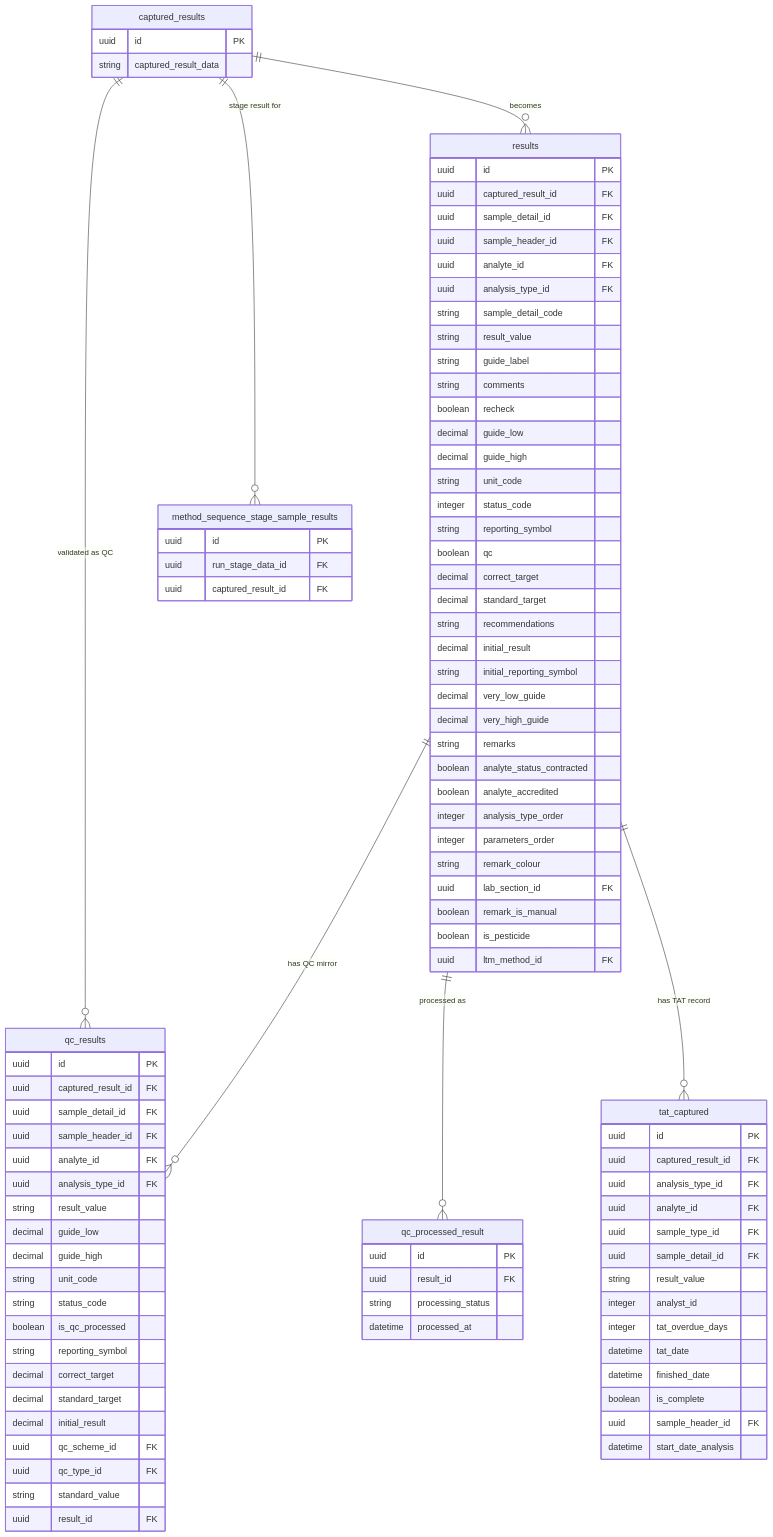
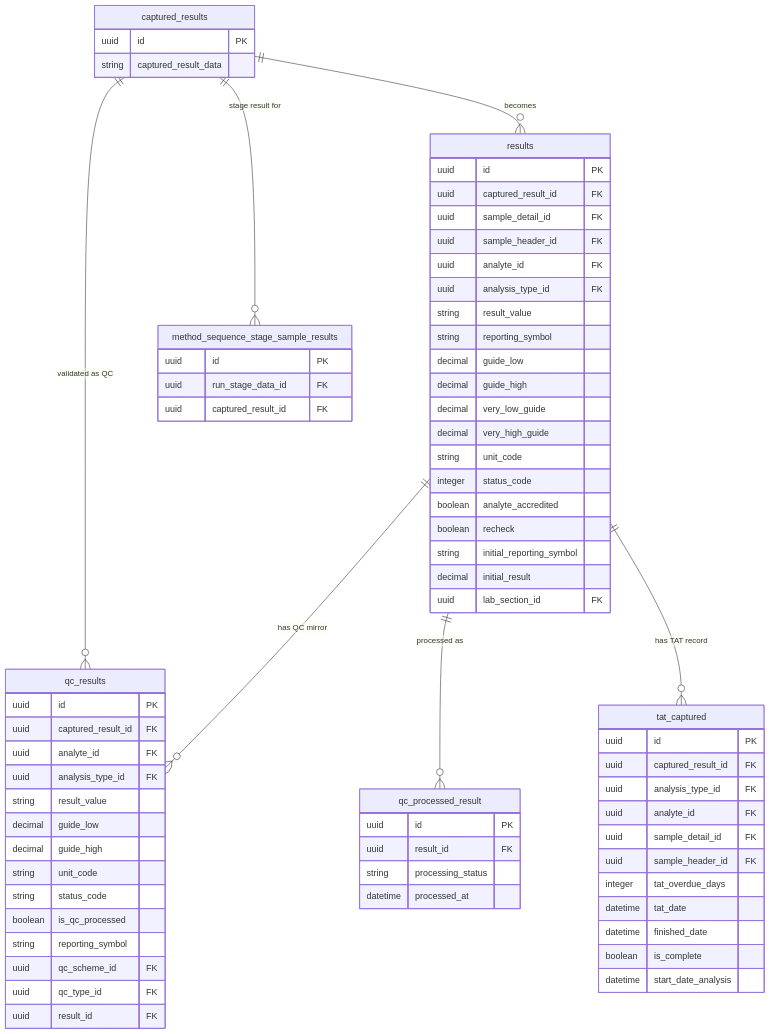
Before and after one commit to ErnestKamau/shh: the eighth of 22 diagrams in docs/database-erd.md, drawn with Mermaid. The commit also changed other lines of this file and 48 other files, not shown here.

```diff
--- a/docs/database-erd.md
+++ b/docs/database-erd.md
@@ -1465,41 +1461,24 @@
         uuid sample_header_id FK
         uuid analyte_id FK
         uuid analysis_type_id FK
-        string sample_detail_code
         string result_value
-        string guide_label
-        string comments
-        boolean recheck
+        string reporting_symbol
         decimal guide_low
         decimal guide_high
+        decimal very_low_guide
+        decimal very_high_guide
         string unit_code
         integer status_code
-        string reporting_symbol
-        boolean qc
-        decimal correct_target
-        decimal standard_target
-        string recommendations
+        boolean analyte_accredited
+        boolean recheck
+        string initial_reporting_symbol
         decimal initial_result
-        string initial_reporting_symbol
-        decimal very_low_guide
-        decimal very_high_guide
-        string remarks
-        boolean analyte_status_contracted
-        boolean analyte_accredited
-        integer analysis_type_order
-        integer parameters_order
-        string remark_colour
         uuid lab_section_id FK
-        boolean remark_is_manual
-        boolean is_pesticide
-        uuid ltm_method_id FK
     }
 
     qc_results {
         uuid id PK
         uuid captured_result_id FK
-        uuid sample_detail_id FK
-        uuid sample_header_id FK
         uuid analyte_id FK
         uuid analysis_type_id FK
         string result_value
@@ -1509,12 +1488,8 @@
         string status_code
         boolean is_qc_processed
         string reporting_symbol
-        decimal correct_target
-        decimal standard_target
-        decimal initial_result
         uuid qc_scheme_id FK
         uuid qc_type_id FK
-        string standard_value
         uuid result_id FK
     }
 
@@ -1530,15 +1505,12 @@
         uuid captured_result_id FK
         uuid analysis_type_id FK
         uuid analyte_id FK
-        uuid sample_type_id FK
         uuid sample_detail_id FK
-        string result_value
-        integer analyst_id
+        uuid sample_header_id FK
         integer tat_overdue_days
         datetime tat_date
         datetime finished_date
         boolean is_complete
-        uuid sample_header_id FK
         datetime start_date_analysis
     }
 
```
